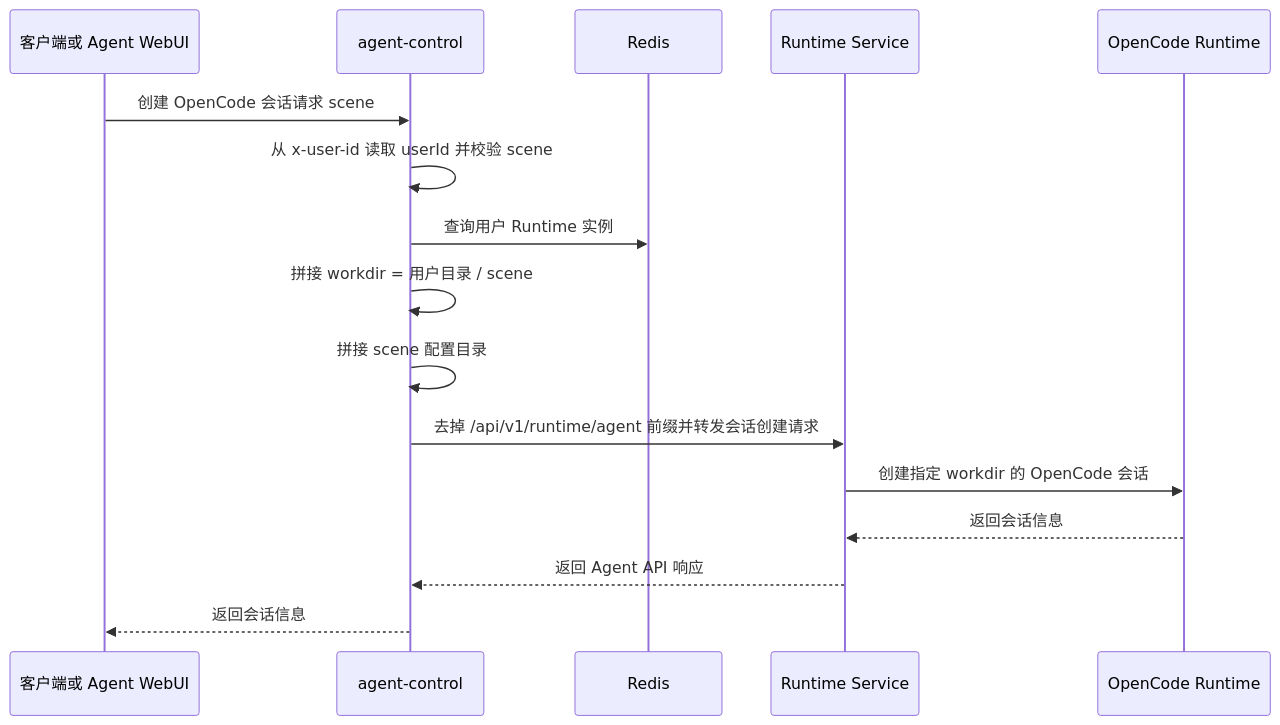
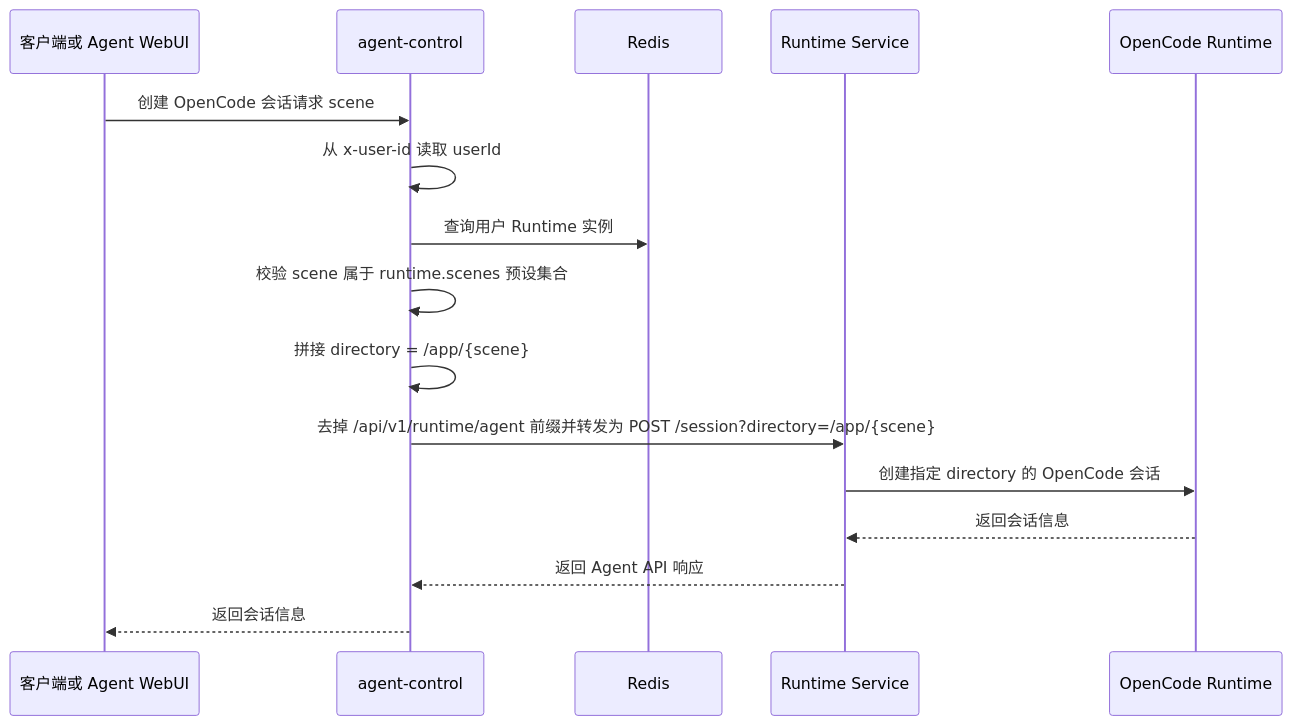
Before and after one commit to ArchAIHarness/agent-master: the fifth of 7 diagrams in README.md, drawn with Mermaid. The commit also changed other lines of this file and 1 other file, not shown here.

Commit message:
docs: align runtime scene contract

````diff
--- a/README.md
+++ b/README.md
@@ -192,19 +208,19 @@
 ```mermaid
 sequenceDiagram
     participant C as 客户端或 Agent WebUI
     participant A as agent-control
     participant R as Redis
     participant S as Runtime Service
     participant O as OpenCode Runtime
 
     C->>A: 创建 OpenCode 会话请求 scene
-    A->>A: 从 x-user-id 读取 userId 并校验 scene
+    A->>A: 从 x-user-id 读取 userId
     A->>R: 查询用户 Runtime 实例
-    A->>A: 拼接 workdir = 用户目录 / scene
-    A->>A: 拼接 scene 配置目录
-    A->>S: 去掉 /api/v1/runtime/agent 前缀并转发会话创建请求
-    S->>O: 创建指定 workdir 的 OpenCode 会话
+    A->>A: 校验 scene 属于 runtime.scenes 预设集合
+    A->>A: 拼接 directory = /app/{scene}
+    A->>S: 去掉 /api/v1/runtime/agent 前缀并转发为 POST /session?directory=/app/{scene}
+    S->>O: 创建指定 directory 的 OpenCode 会话
     O-->>S: 返回会话信息
     S-->>A: 返回 Agent API 响应
     A-->>C: 返回会话信息
 ```
````
